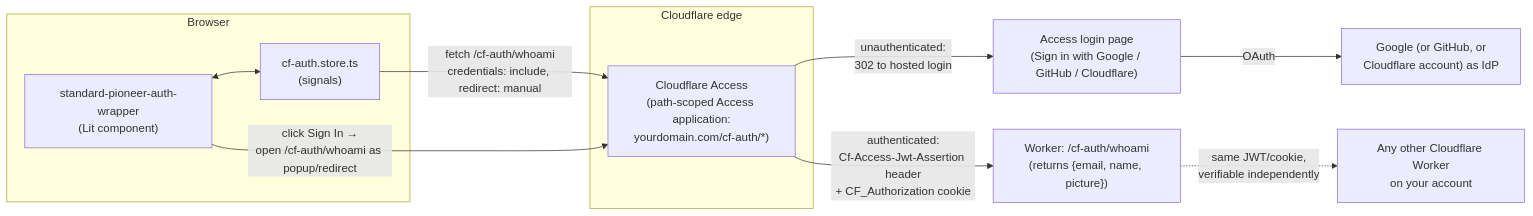
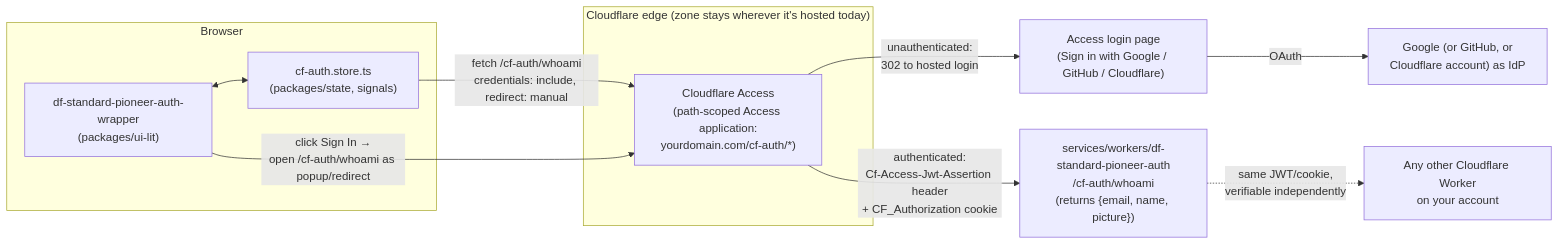
The diagram in .z_/future/CLOUDFLARE_AUTH_WRAPPER_IMPLEMENTATION.md (datafundamentals/dF), drawn with Mermaid before and after one commit. The commit also changed other lines of this file, not shown here.

````diff
--- a/.z_/future/CLOUDFLARE_AUTH_WRAPPER_IMPLEMENTATION.md
+++ b/.z_/future/CLOUDFLARE_AUTH_WRAPPER_IMPLEMENTATION.md
@@ -78,21 +127,21 @@
 ```mermaid
 flowchart LR
     subgraph Browser
-        W["standard-pioneer-auth-wrapper\n(Lit component)"]
-        S["cf-auth.store.ts\n(signals)"]
-        W <--> S
+        Wc["df-standard-pioneer-auth-wrapper\n(packages/ui-lit)"]
+        St["cf-auth.store.ts\n(packages/state, signals)"]
+        Wc <--> St
     end
 
-    S -- "fetch /cf-auth/whoami\ncredentials: include, redirect: manual" --> A
-    W -- "click Sign In →\nopen /cf-auth/whoami as popup/redirect" --> A
+    St -- "fetch /cf-auth/whoami\ncredentials: include, redirect: manual" --> A
+    Wc -- "click Sign In →\nopen /cf-auth/whoami as popup/redirect" --> A
 
-    subgraph Cloudflare edge
+    subgraph "Cloudflare edge (zone stays wherever it's hosted today)"
         A["Cloudflare Access\n(path-scoped Access application:\nyourdomain.com/cf-auth/*)"]
     end
 
     A -- "unauthenticated:\n302 to hosted login" --> L["Access login page\n(Sign in with Google / GitHub / Cloudflare)"]
     L -- "OAuth" --> G["Google (or GitHub, or\nCloudflare account) as IdP"]
-    A -- "authenticated:\nCf-Access-Jwt-Assertion header\n+ CF_Authorization cookie" --> Wk["Worker: /cf-auth/whoami\n(returns {email, name, picture})"]
+    A -- "authenticated:\nCf-Access-Jwt-Assertion header\n+ CF_Authorization cookie" --> Wk["services/workers/df-standard-pioneer-auth\n/cf-auth/whoami\n(returns {email, name, picture})"]
 
     Wk -. "same JWT/cookie,\nverifiable independently" .-> Other["Any other Cloudflare Worker\non your account"]
 ```
````
